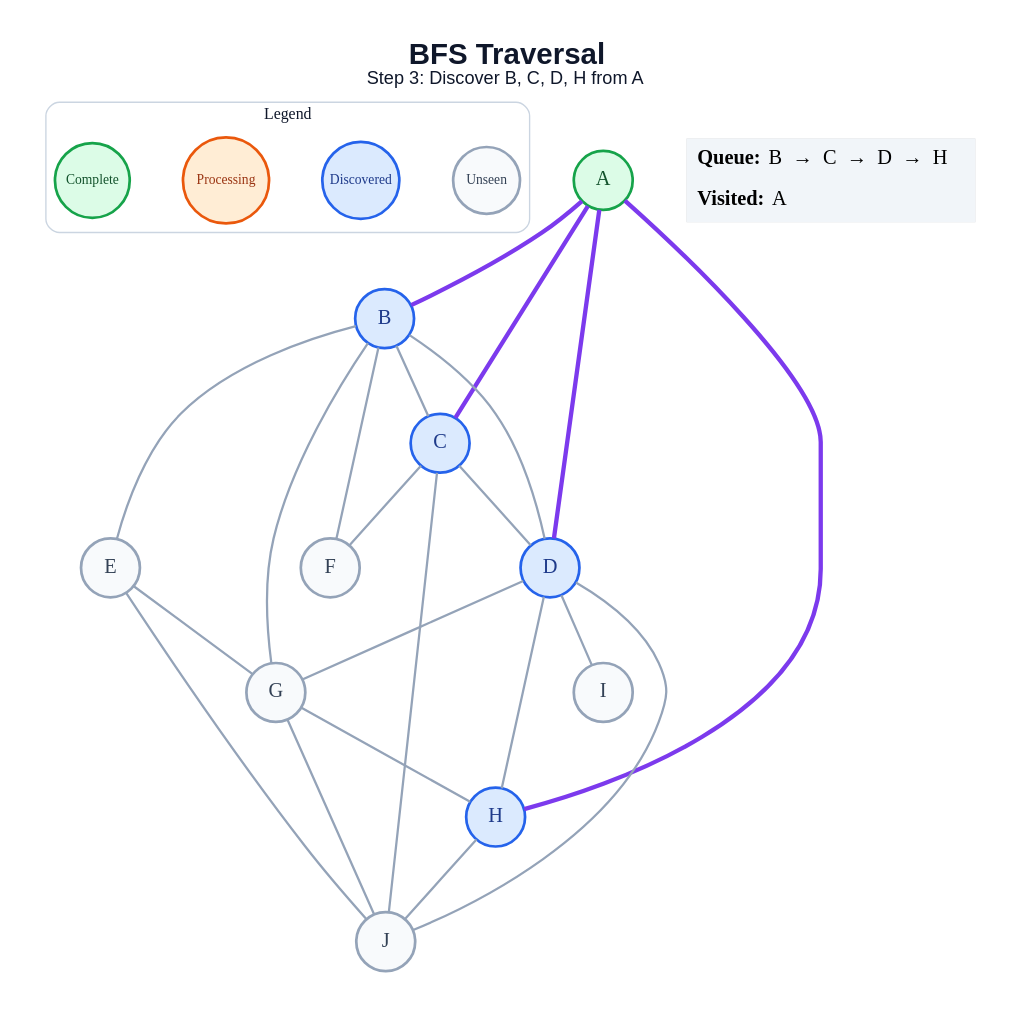
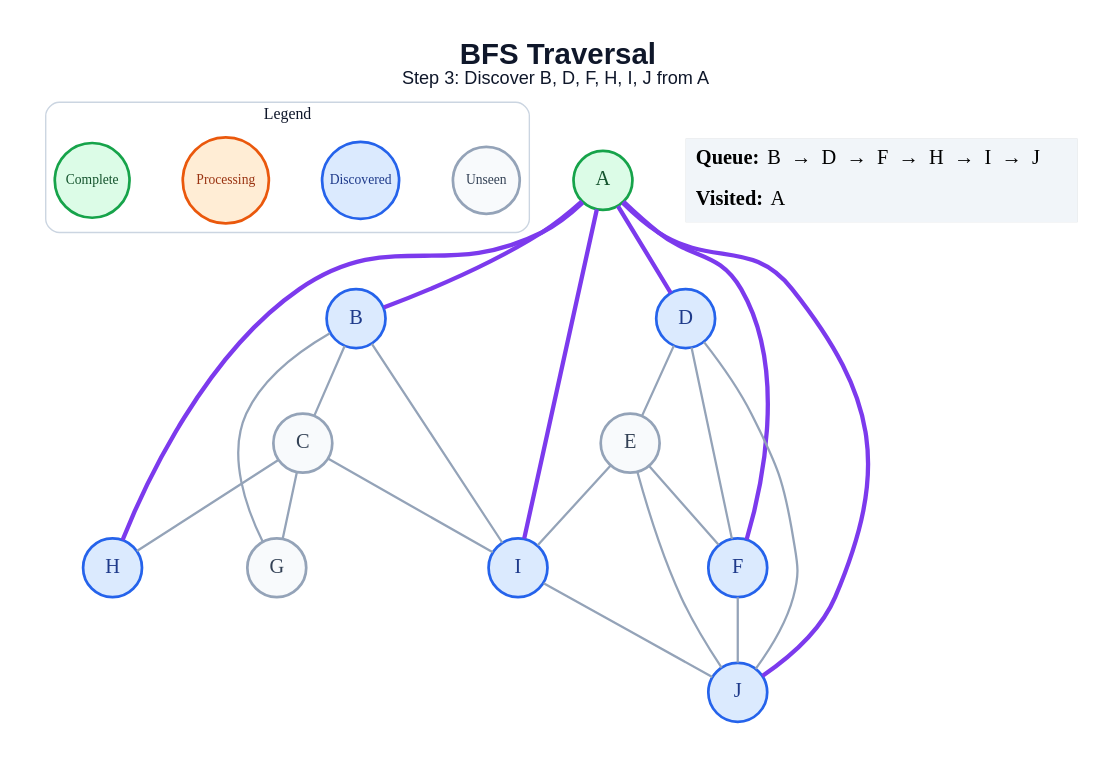
One commit to anon7238593-create/ai-slop changed the diagram in generated/bfs/step_03.dot. Above: the diagram before and after it, drawn with Graphviz. The commit also changed 178 other files, not shown here.

```diff
--- a/generated/bfs/step_03.dot
+++ b/generated/bfs/step_03.dot
@@ -1,50 +1,49 @@
 graph traversal {
   graph [layout=dot, rankdir=TB, bgcolor="#FFFFFF", pad="0.35", nodesep="0.65", ranksep="0.8", fontname="Arial"];
   node [shape=circle, style="filled", fontname="Arial Bold", fontsize=18, width=0.72, fixedsize=true, penwidth=2.4];
   edge [color="#94A3B8", penwidth=2.0];
-  label=<<B>BFS Traversal</B><BR/><FONT POINT-SIZE="16">Step 3: Discover B, C, D, H from A</FONT>>; labelloc="t"; fontsize=26; fontname="Arial"; fontcolor="#0F172A";
+  label=<<B>BFS Traversal</B><BR/><FONT POINT-SIZE="16">Step 3: Discover B, D, F, H, I, J from A</FONT>>; labelloc="t"; fontsize=26; fontname="Arial"; fontcolor="#0F172A";
   subgraph cluster_legend { label="Legend"; color="#CBD5E1"; penwidth=1.2; style="rounded"; fontsize=14; fontname="Arial Bold";
     key_unseen [label="Unseen", fillcolor="#F8FAFC", color="#94A3B8", fontcolor="#334155", fontsize=12, width=0.82];
     key_frontier [label="Discovered", fillcolor="#DBEAFE", color="#2563EB", fontcolor="#1E3A8A", fontsize=12, width=0.95];
     key_current [label="Processing", fillcolor="#FFEDD5", color="#EA580C", fontcolor="#9A3412", fontsize=12, width=1.05];
     key_done [label="Complete", fillcolor="#DCFCE7", color="#16A34A", fontcolor="#14532D", fontsize=12, width=0.92];
     { rank=same; key_unseen; key_frontier; key_current; key_done; }
   }
   A [fillcolor="#DCFCE7", color="#16A34A", fontcolor="#14532D"];
   B [fillcolor="#DBEAFE", color="#2563EB", fontcolor="#1E3A8A"];
-  C [fillcolor="#DBEAFE", color="#2563EB", fontcolor="#1E3A8A"];
+  C [fillcolor="#F8FAFC", color="#94A3B8", fontcolor="#334155"];
   D [fillcolor="#DBEAFE", color="#2563EB", fontcolor="#1E3A8A"];
   E [fillcolor="#F8FAFC", color="#94A3B8", fontcolor="#334155"];
-  F [fillcolor="#F8FAFC", color="#94A3B8", fontcolor="#334155"];
+  F [fillcolor="#DBEAFE", color="#2563EB", fontcolor="#1E3A8A"];
   G [fillcolor="#F8FAFC", color="#94A3B8", fontcolor="#334155"];
   H [fillcolor="#DBEAFE", color="#2563EB", fontcolor="#1E3A8A"];
-  I [fillcolor="#F8FAFC", color="#94A3B8", fontcolor="#334155"];
-  J [fillcolor="#F8FAFC", color="#94A3B8", fontcolor="#334155"];
+  I [fillcolor="#DBEAFE", color="#2563EB", fontcolor="#1E3A8A"];
+  J [fillcolor="#DBEAFE", color="#2563EB", fontcolor="#1E3A8A"];
   A -- B [color="#7C3AED", penwidth=3.8];
-  A -- C [color="#7C3AED", penwidth=3.8];
   A -- D [color="#7C3AED", penwidth=3.8];
+  A -- F [color="#7C3AED", penwidth=3.8];
   A -- H [color="#7C3AED", penwidth=3.8];
+  A -- I [color="#7C3AED", penwidth=3.8];
+  A -- J [color="#7C3AED", penwidth=3.8];
   B -- C;
-  B -- D;
-  B -- E;
-  B -- F;
   B -- G;
-  C -- D;
-  C -- F;
-  C -- J;
-  D -- G;
-  D -- H;
-  D -- I;
+  B -- I;
+  C -- G;
+  C -- H;
+  C -- I;
+  D -- E;
+  D -- F;
   D -- J;
-  E -- G;
+  E -- F;
+  E -- I;
   E -- J;
-  G -- H;
-  G -- J;
-  H -- J;
+  F -- J;
+  I -- J;
   status [shape=plain, fixedsize=false, width=0, height=0, margin=0, label=<
     <TABLE BORDER="0" CELLBORDER="0" CELLPADDING="7" BGCOLOR="#F1F5F9">
-      <TR><TD ALIGN="LEFT"><B>Queue:</B> B  →  C  →  D  →  H</TD></TR>
+      <TR><TD ALIGN="LEFT"><B>Queue:</B> B  →  D  →  F  →  H  →  I  →  J</TD></TR>
       <TR><TD ALIGN="LEFT"><B>Visited:</B> A</TD></TR>
     </TABLE>
   >];
 }
```
